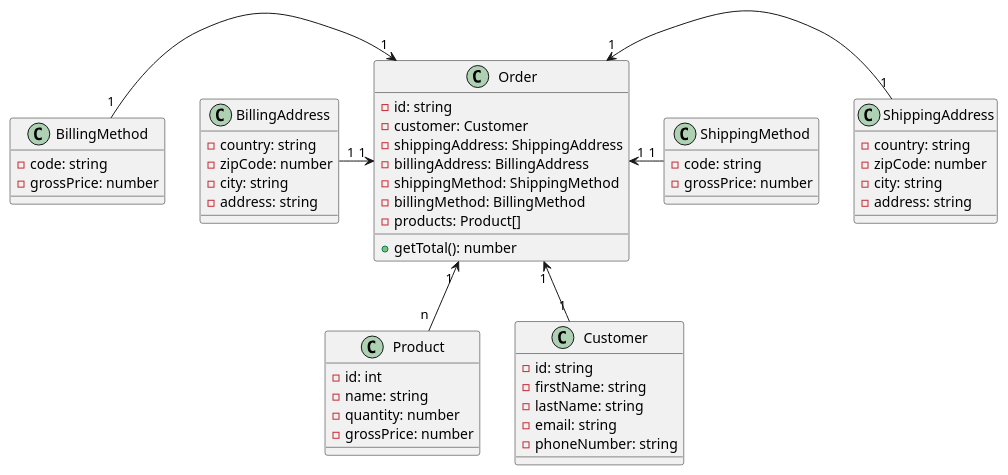
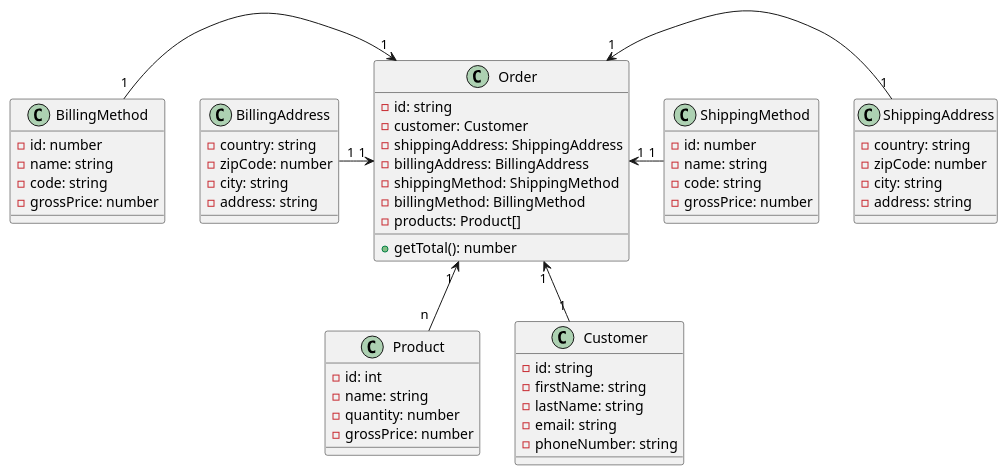
The diagram in Order/Api/docs/index.adoc (ngabesz/storefrontdemo), drawn with PlantUML before and after one commit. The commit also changed other lines of this file, not shown here.

```diff
--- a/Order/Api/docs/index.adoc
+++ b/Order/Api/docs/index.adoc
@@ -6,60 +6,64 @@
 [plantuml]
 ----
 class Order {
     - id: string
     - customer: Customer
     - shippingAddress: ShippingAddress
     - billingAddress: BillingAddress
     - shippingMethod: ShippingMethod
     - billingMethod: BillingMethod
     - products: Product[]
     + getTotal(): number
 }
 
 class Product {
     - id: int
     - name: string
     - quantity: number
     - grossPrice: number
 }
 
 class ShippingAddress {
     - country: string
     - zipCode: number
     - city: string
     - address: string
 }
 
 class BillingAddress {
     - country: string
     - zipCode: number
     - city: string
     - address: string
 }
 
 class ShippingMethod {
+    - id: number
+    - name: string
     - code: string
     - grossPrice: number
 }
 
 class BillingMethod {
+    - id: number
+    - name: string
     - code: string
     - grossPrice: number
 }
 
 class Customer {
     - id: string
     - firstName: string
     - lastName: string
     - email: string
     - phoneNumber: string
 }
 
 Order "1 "<--"n " Product
 Order "1"<-down-"1" Customer
 Order "1"<-left-"1" BillingAddress
 Order "1"<-left-"1" BillingMethod
 Order "1"<-right-"1" ShippingAddress
 Order "1"<-right-"1" ShippingMethod
 
 ----
```
